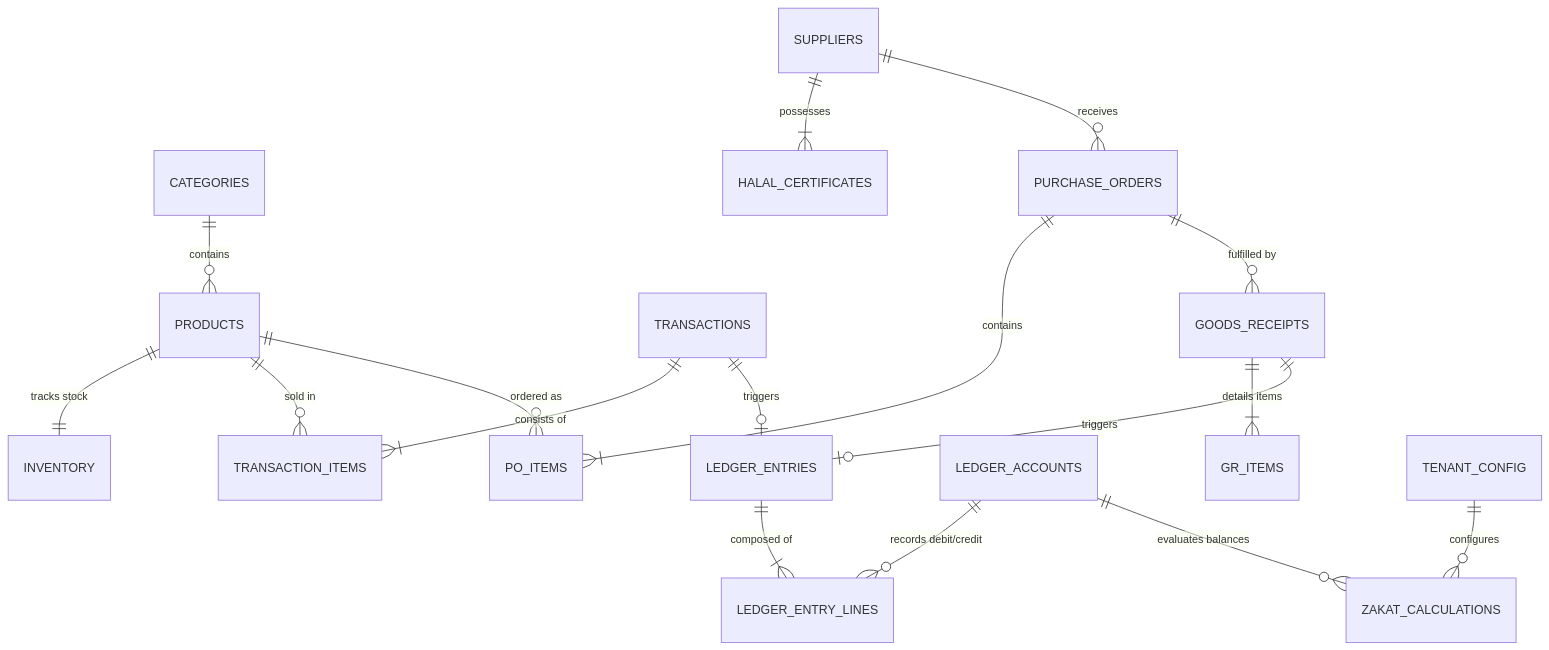
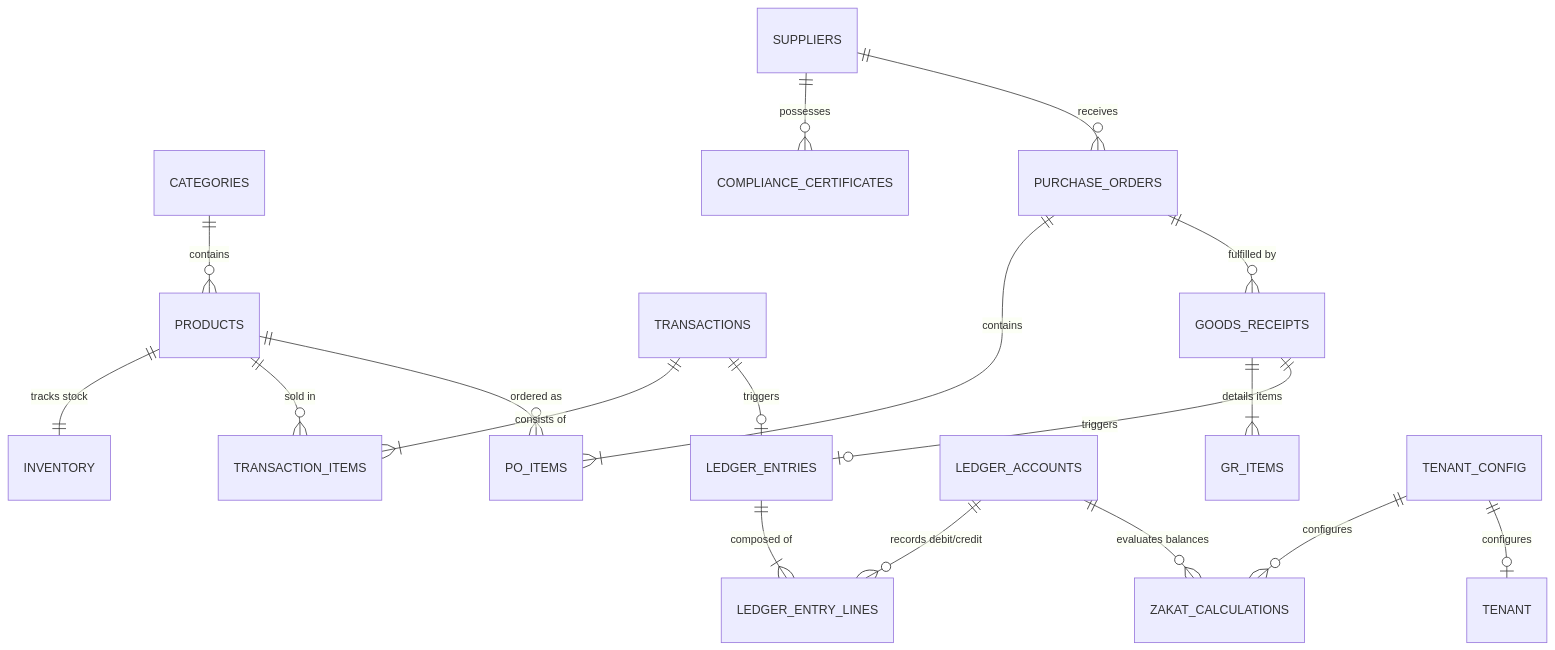
One commit to b45/tenet-commerce changed the diagram in docs/DATABASE_SCHEMA.md. Above: the diagram before and after it, drawn with Mermaid. The commit also changed other lines of this file and 10 other files, not shown here.

Commit message:
feat(supplychain): implement configurable compliance engine with multi-tenant supplier and PO workflows

````diff
--- a/docs/DATABASE_SCHEMA.md
+++ b/docs/DATABASE_SCHEMA.md
@@ -16,22 +16,23 @@
 ```mermaid
 erDiagram
     CATEGORIES ||--o{ PRODUCTS : "contains"
     PRODUCTS ||--|| INVENTORY : "tracks stock"
     PRODUCTS ||--o{ TRANSACTION_ITEMS : "sold in"
     TRANSACTIONS ||--|{ TRANSACTION_ITEMS : "consists of"
     
-    SUPPLIERS ||--|{ HALAL_CERTIFICATES : "possesses"
+    SUPPLIERS ||--o{ COMPLIANCE_CERTIFICATES : "possesses"
     SUPPLIERS ||--o{ PURCHASE_ORDERS : "receives"
     PURCHASE_ORDERS ||--|{ PO_ITEMS : "contains"
     PRODUCTS ||--o{ PO_ITEMS : "ordered as"
     PURCHASE_ORDERS ||--o{ GOODS_RECEIPTS : "fulfilled by"
     GOODS_RECEIPTS ||--|{ GR_ITEMS : "details items"
     
     LEDGER_ACCOUNTS ||--o{ LEDGER_ENTRY_LINES : "records debit/credit"
     LEDGER_ENTRIES ||--|{ LEDGER_ENTRY_LINES : "composed of"
     TRANSACTIONS ||--o| LEDGER_ENTRIES : "triggers"
     GOODS_RECEIPTS ||--o| LEDGER_ENTRIES : "triggers"
     
     TENANT_CONFIG ||--o{ ZAKAT_CALCULATIONS : "configures"
     LEDGER_ACCOUNTS ||--o{ ZAKAT_CALCULATIONS : "evaluates balances"
+    TENANT_CONFIG ||--o| TENANT : "configures"
 ```
````
